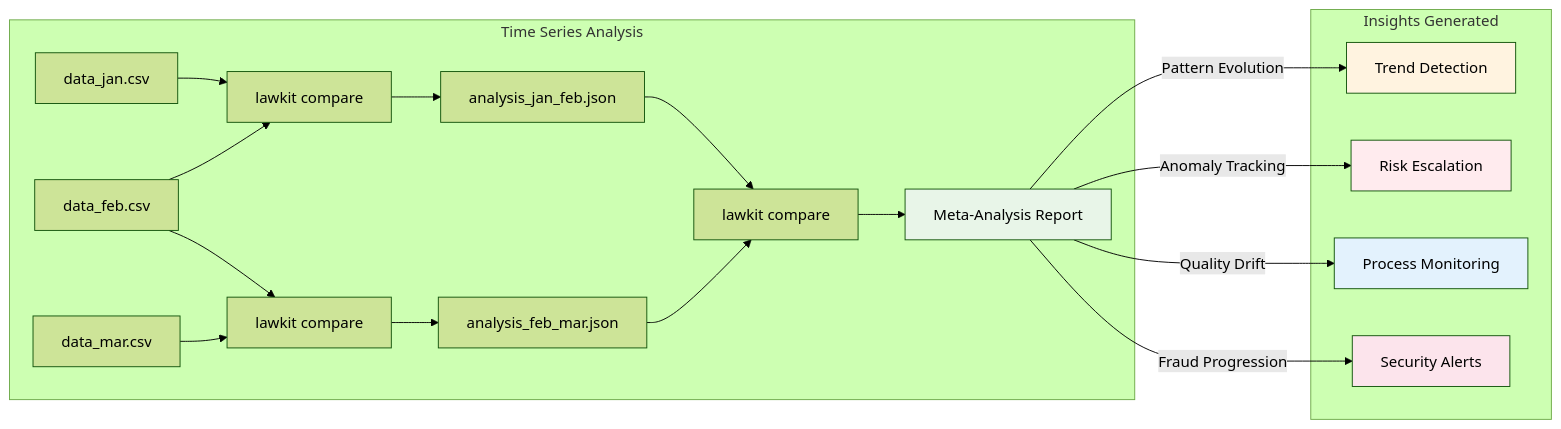
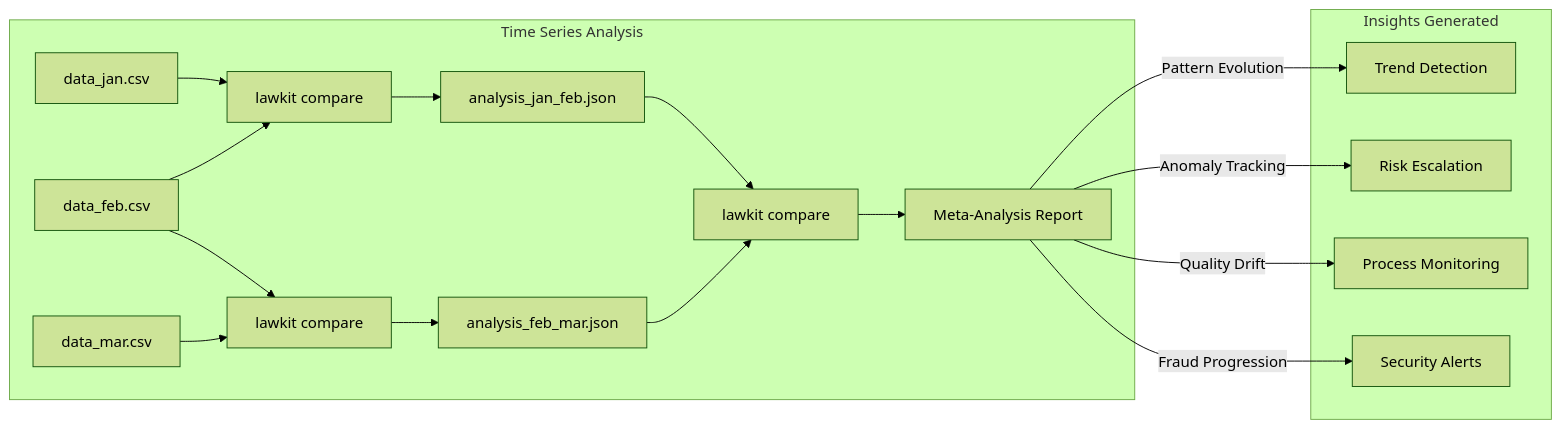
The second of 2 diagrams in README.md (kako-jun/lawkit), drawn with Mermaid (forest theme) before and after one commit. The commit also changed other lines of this file and 3 other files, not shown here.

First line of the commit message:
fix: remove explicit color styling from mermaid diagrams for dark theme compatibility

````diff
--- a/README.md
+++ b/README.md
@@ -106,29 +103,24 @@
 ```mermaid
 graph LR
     subgraph "Time Series Analysis"
         A[data_jan.csv] --> D1[lawkit compare]
         B[data_feb.csv] --> D1
         D1 --> R1[analysis_jan_feb.json]
         
         B --> D2[lawkit compare]
         C[data_mar.csv] --> D2
         D2 --> R2[analysis_feb_mar.json]
         
         R1 --> D3[lawkit compare]
         R2 --> D3
         D3 --> M[Meta-Analysis Report]
     end
     
     subgraph "Insights Generated"
         M --> |"Pattern Evolution"| T1[Trend Detection]
         M --> |"Anomaly Tracking"| T2[Risk Escalation]
         M --> |"Quality Drift"| T3[Process Monitoring]
         M --> |"Fraud Progression"| T4[Security Alerts]
     end
     
-    style M fill:#e8f5e8
-    style T1 fill:#fff3e0
-    style T2 fill:#ffebee
-    style T3 fill:#e3f2fd
-    style T4 fill:#fce4ec
 ```
````
